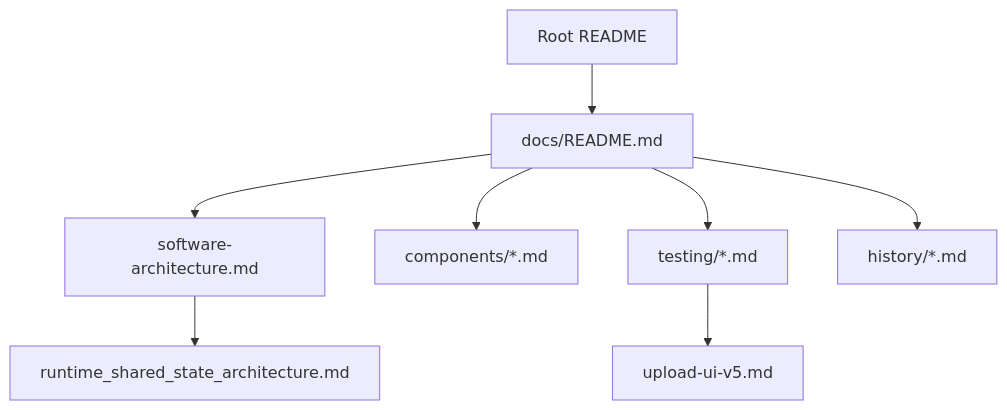
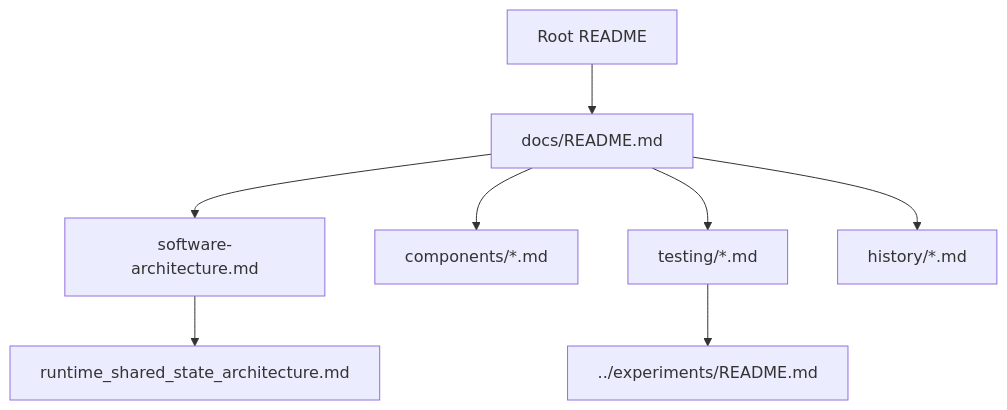
One commit to Modellfan/CAN-Grabber changed the diagram in docs/README.md. Above: the diagram before and after it, drawn with Mermaid. The commit also changed other lines of this file and 421 other files, not shown here.

````diff
--- a/docs/README.md
+++ b/docs/README.md
@@ -36,10 +37,10 @@
 ```mermaid
 flowchart TD
   Root[Root README] --> Docs[docs/README.md]
   Docs --> Arch[software-architecture.md]
   Docs --> Components[components/*.md]
   Docs --> Testing[testing/*.md]
   Docs --> History[history/*.md]
   Arch --> Runtime[runtime_shared_state_architecture.md]
-  Testing --> UploadV5[upload-ui-v5.md]
+  Testing --> Experiments[../experiments/README.md]
 ```
````
